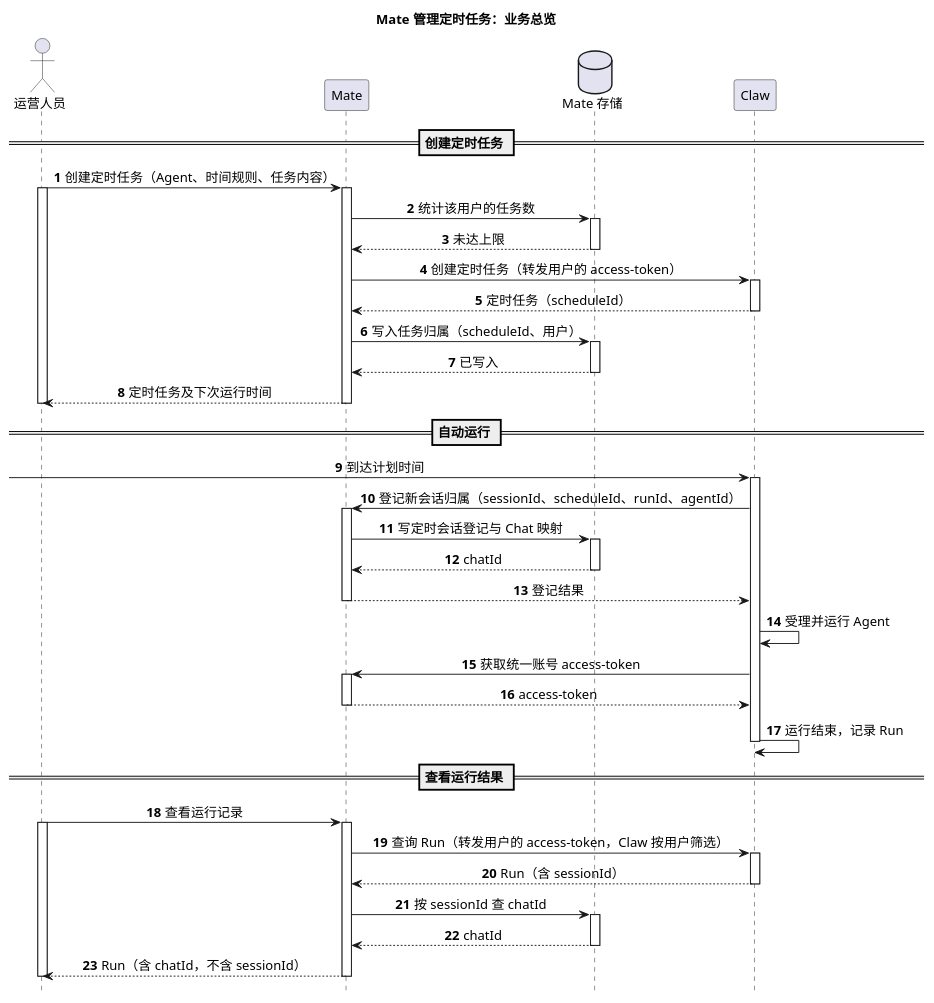
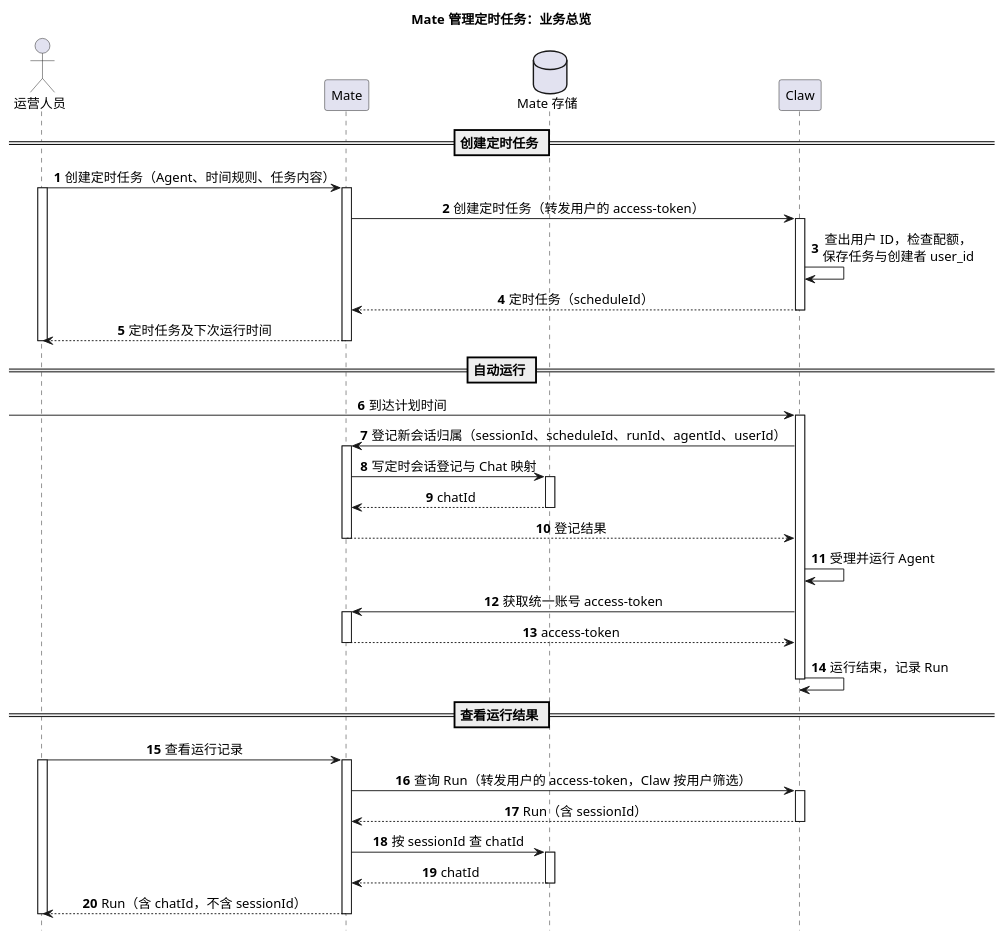
Before and after one commit to ssm0808/pi-mono-java-design: the first of 14 diagrams in 02-服务与接口/08-CampusMate定时任务/diagram.puml, drawn with PlantUML. The commit also changed other lines of this file and 32 other files, not shown here.

First line of the commit message:
定时任务：去掉 Mate t_schedule，任务归属只在 Claw user_id

```diff
--- a/02-服务与接口/08-CampusMate定时任务/diagram.puml
+++ b/02-服务与接口/08-CampusMate定时任务/diagram.puml
@@ -1,48 +1,45 @@
 @startuml mate_schedule_overview
 ' 目标：待实现；Mate 侧业务总览，从创建定时任务、一次自动运行到查看运行结果。
-' Claw 基线：pi-mono-java main ead67eba；Claw 侧规则以 01-总体架构/08-CampusClaw定时任务/README.md 0.66.0 为准。
+' Claw 基线：pi-mono-java main ead67eba；Claw 侧规则以 01-总体架构/08-CampusClaw定时任务/README.md 0.71.0 为准。
 ' mate-service 源码未核验；Mate 存储为逻辑记录，物理表由 Mate 实现决定。
 ' 粒度：参与者为服务级；Mate 内部组件的协作见详细时序 mate_schedule_create 与 mate_session_registration。
-' 表达方式：只画正常流程；失败与恢复见 README.md 第 5.2.1 节。
+' 表达方式：只画正常流程；任务归属只在 Claw（2026-10-21 确定 Mate 不保存 t_schedule）；失败与恢复见 README.md 第 5.2.1 节。
 title Mate 管理定时任务：业务总览
 hide footbox
 skinparam backgroundColor white
 skinparam defaultFontSize 14
 skinparam sequenceMessageAlign center
 actor "运营人员" as Operator
 participant "Mate" as Mate
 database "Mate 存储" as MateStore
 participant "Claw" as Claw
 autonumber
 == 创建定时任务 ==
 Operator -> Mate ++ : 创建定时任务（Agent、时间规则、任务内容）
 activate Operator
-Mate -> MateStore ++ : 统计该用户的任务数
-return 未达上限
 Mate -> Claw ++ : 创建定时任务（转发用户的 access-token）
+Claw -> Claw : 查出用户 ID，检查配额，\n保存任务与创建者 user_id
 return 定时任务（scheduleId）
-Mate -> MateStore ++ : 写入任务归属（scheduleId、用户）
-return 已写入
 return 定时任务及下次运行时间
 deactivate Operator
 == 自动运行 ==
 [-> Claw ++ : 到达计划时间
-Claw -> Mate ++ : 登记新会话归属（sessionId、scheduleId、runId、agentId）
+Claw -> Mate ++ : 登记新会话归属（sessionId、scheduleId、runId、agentId、userId）
 Mate -> MateStore ++ : 写定时会话登记与 Chat 映射
 return chatId
 return 登记结果
 Claw -> Claw : 受理并运行 Agent
 Claw -> Mate ++ : 获取统一账号 access-token
 return access-token
 Claw -> Claw : 运行结束，记录 Run
 deactivate Claw
 == 查看运行结果 ==
 Operator -> Mate ++ : 查看运行记录
 activate Operator
 Mate -> Claw ++ : 查询 Run（转发用户的 access-token，Claw 按用户筛选）
 return Run（含 sessionId）
 Mate -> MateStore ++ : 按 sessionId 查 chatId
 return chatId
 return Run（含 chatId，不含 sessionId）
 deactivate Operator
 @enduml
```
